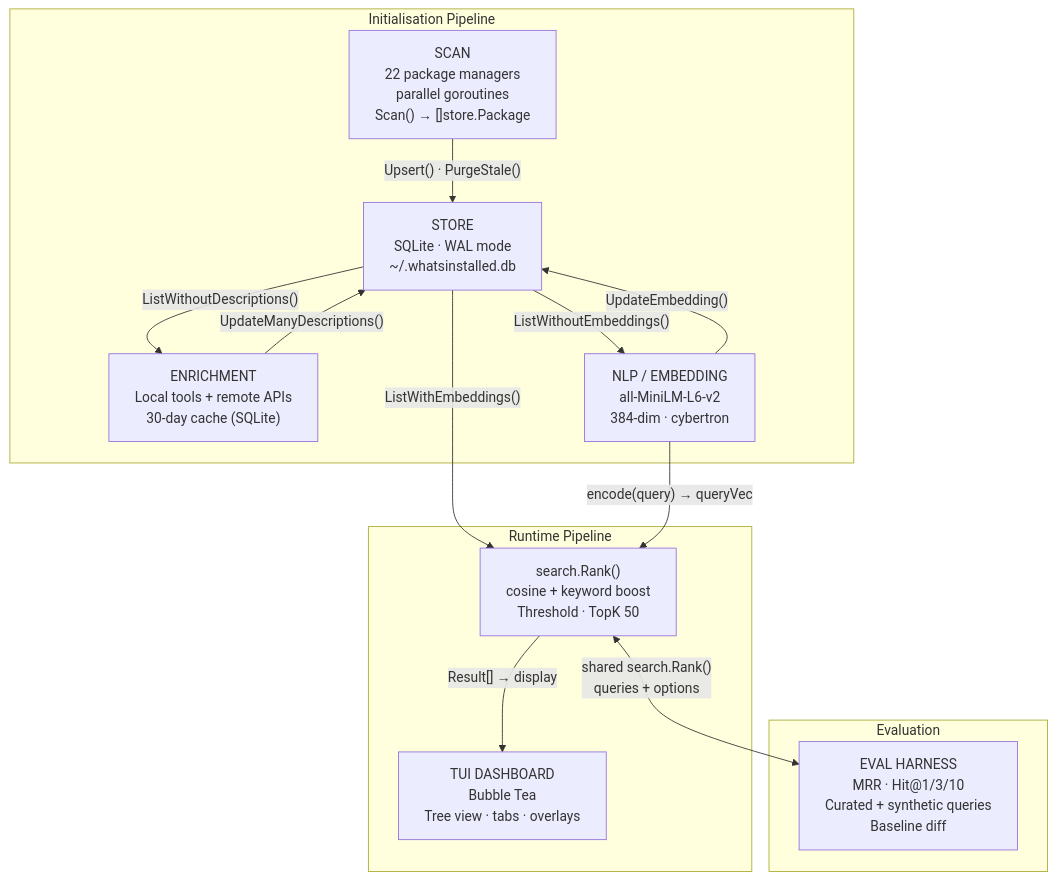
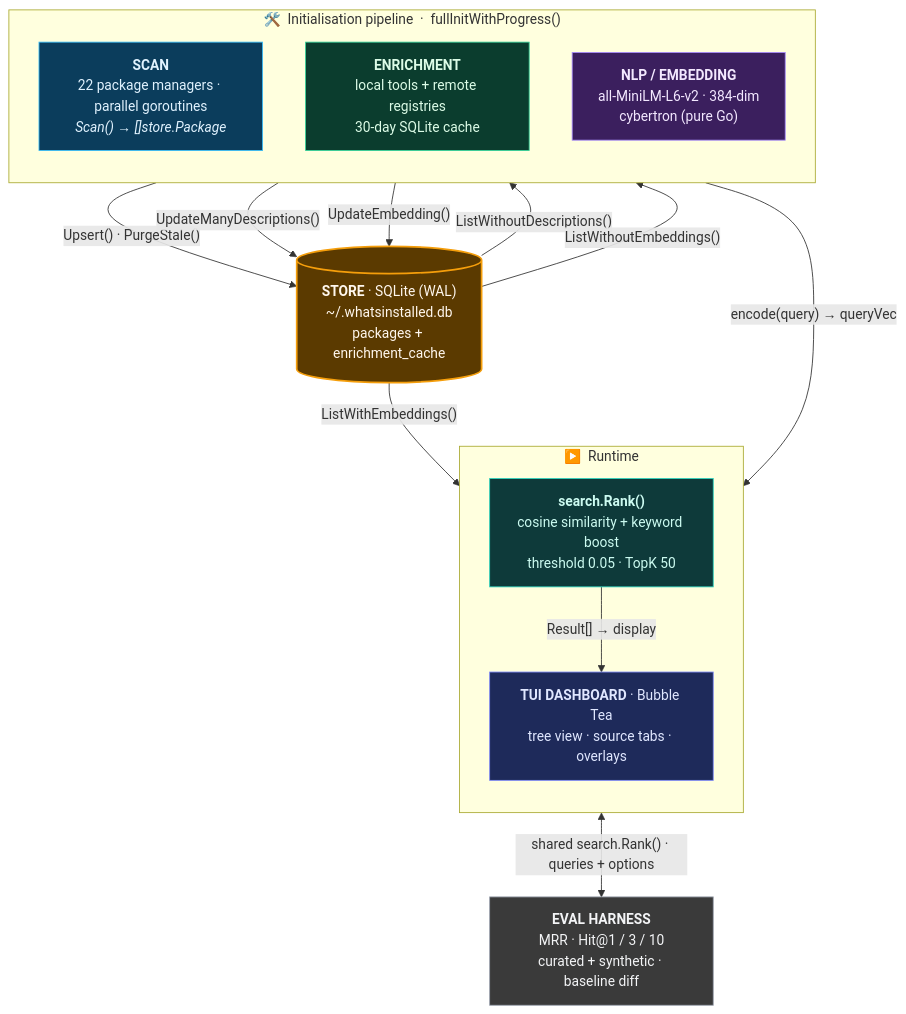
One commit to DVacirca/whatsinstalled changed the first of 2 diagrams in ARCHITECTURE.md. Above: the diagram before and after it, drawn with Mermaid. The commit also changed other lines of this file and 1 other file, not shown here.

First line of the commit message:
rewrite architecture doc and migrate diagram to mermaid

````diff
--- a/ARCHITECTURE.md
+++ b/ARCHITECTURE.md
@@ -9,30 +19,46 @@
 ```mermaid
 flowchart TD
-    subgraph Init["Initialisation Pipeline"]
-        SCAN["SCAN<br/>22 package managers<br/>parallel goroutines<br/>Scan() &rarr; []store.Package"]
-        STORE["STORE<br/>SQLite · WAL mode<br/>~/.whatsinstalled.db"]
-        ENRICH["ENRICHMENT<br/>Local tools + remote APIs<br/>30-day cache (SQLite)"]
-        EMBED["NLP / EMBEDDING<br/>all-MiniLM-L6-v2<br/>384-dim · cybertron"]
+    subgraph init["🛠️ &nbsp;Initialisation pipeline &nbsp;·&nbsp; fullInitWithProgress()"]
+        direction TB
+        SCAN["<b>SCAN</b><br/>22 package managers · parallel goroutines<br/><i>Scan() → []store.Package</i>"]
+        ENRICH["<b>ENRICHMENT</b><br/>local tools + remote registries<br/>30-day SQLite cache"]
+        EMBED["<b>NLP / EMBEDDING</b><br/>all-MiniLM-L6-v2 · 384-dim<br/>cybertron (pure Go)"]
     end
 
-    subgraph Runtime["Runtime Pipeline"]
-        SEARCH["search.Rank()<br/>cosine + keyword boost<br/>Threshold · TopK 50"]
-        TUI["TUI DASHBOARD<br/>Bubble Tea<br/>Tree view · tabs · overlays"]
+    STORE[("<b>STORE</b> · SQLite (WAL)<br/>~/.whatsinstalled.db<br/>packages + enrichment_cache")]
+
+    subgraph runtime["▶️ &nbsp;Runtime"]
+        direction TB
+        SEARCH["<b>search.Rank()</b><br/>cosine similarity + keyword boost<br/>threshold 0.05 · TopK 50"]
+        TUI["<b>TUI DASHBOARD</b> · Bubble Tea<br/>tree view · source tabs · overlays"]
     end
 
-    subgraph Eval["Evaluation"]
-        EVAL["EVAL HARNESS<br/>MRR · Hit@1/3/10<br/>Curated + synthetic queries<br/>Baseline diff"]
-    end
+    EVAL["<b>EVAL HARNESS</b><br/>MRR · Hit@1 / 3 / 10<br/>curated + synthetic · baseline diff"]
 
-    SCAN -->|"Upsert() · PurgeStale()"| STORE
-    STORE -->|"ListWithoutDescriptions()"| ENRICH
+    SCAN   -->|"Upsert() · PurgeStale()"| STORE
+    STORE  -->|"ListWithoutDescriptions()"| ENRICH
     ENRICH -->|"UpdateManyDescriptions()"| STORE
-    STORE -->|"ListWithoutEmbeddings()"| EMBED
-    EMBED -->|"UpdateEmbedding()"| STORE
+    STORE  -->|"ListWithoutEmbeddings()"| EMBED
+    EMBED  -->|"UpdateEmbedding()"| STORE
 
-    STORE -->|"ListWithEmbeddings()"| SEARCH
-    EMBED -->|"encode(query) &rarr; queryVec"| SEARCH
-    SEARCH -->|"Result[] &rarr; display"| TUI
+    STORE  -->|"ListWithEmbeddings()"| SEARCH
+    EMBED  -->|"encode(query) → queryVec"| SEARCH
+    SEARCH -->|"Result[] → display"| TUI
+    SEARCH <-->|"shared search.Rank() · queries + options"| EVAL
 
-    SEARCH <-->|"shared search.Rank()<br/>queries + options"| EVAL
+    classDef scan   fill:#0b3d5c,stroke:#38bdf8,color:#e0f2fe,stroke-width:1px
+    classDef store  fill:#5b3a00,stroke:#f59e0b,color:#fff7ed,stroke-width:2px
+    classDef enrich fill:#0b3d2e,stroke:#34d399,color:#dcfce7,stroke-width:1px
+    classDef embed  fill:#3b1f5e,stroke:#a78bfa,color:#f3e8ff,stroke-width:1px
+    classDef search fill:#0e3a3a,stroke:#2dd4bf,color:#ccfbf1,stroke-width:1px
+    classDef tui    fill:#1e2a5a,stroke:#818cf8,color:#e0e7ff,stroke-width:1px
+    classDef eval   fill:#3a3a3a,stroke:#9ca3af,color:#f3f4f6,stroke-width:1px
+
+    class SCAN scan
+    class STORE store
+    class ENRICH enrich
+    class EMBED embed
+    class SEARCH search
+    class TUI tui
+    class EVAL eval
 ```
````
